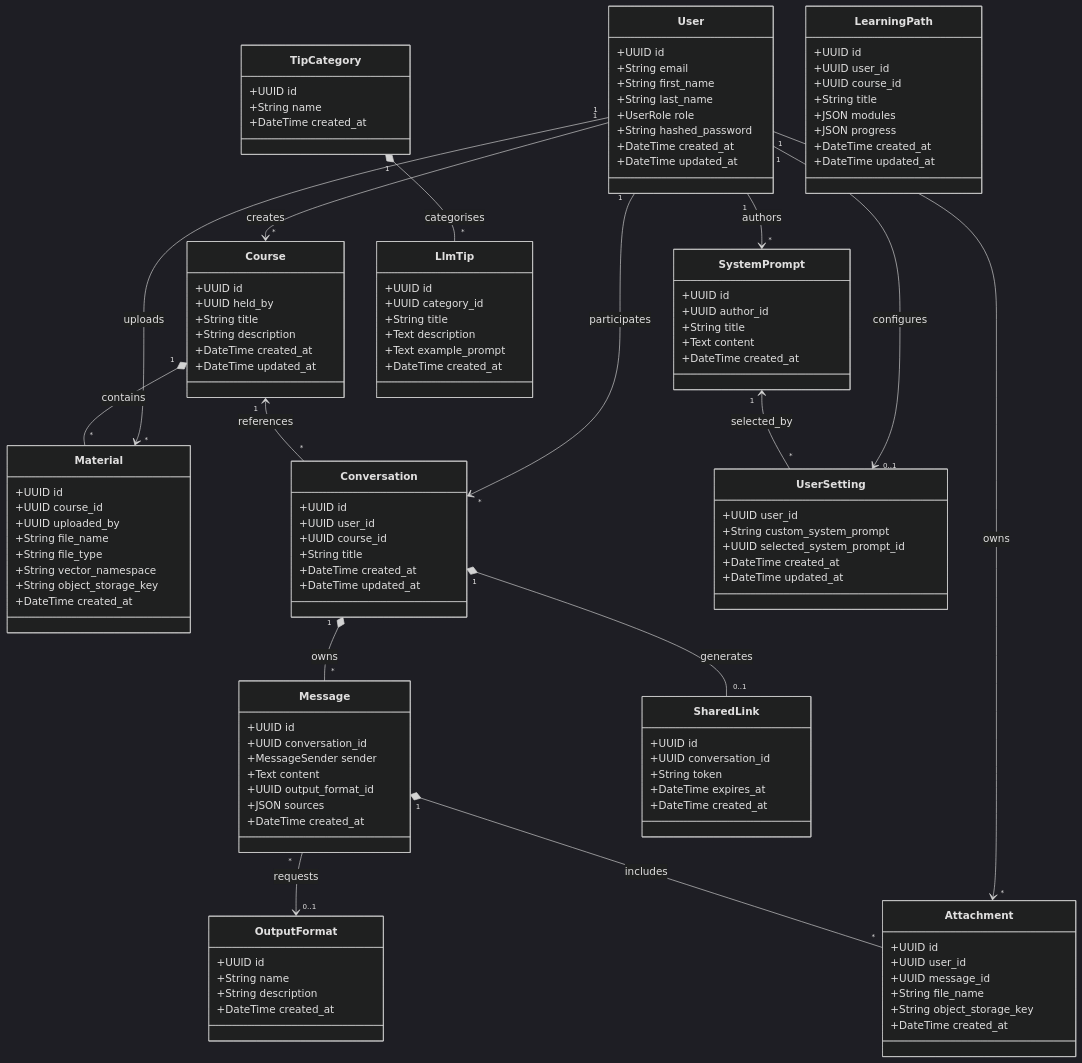
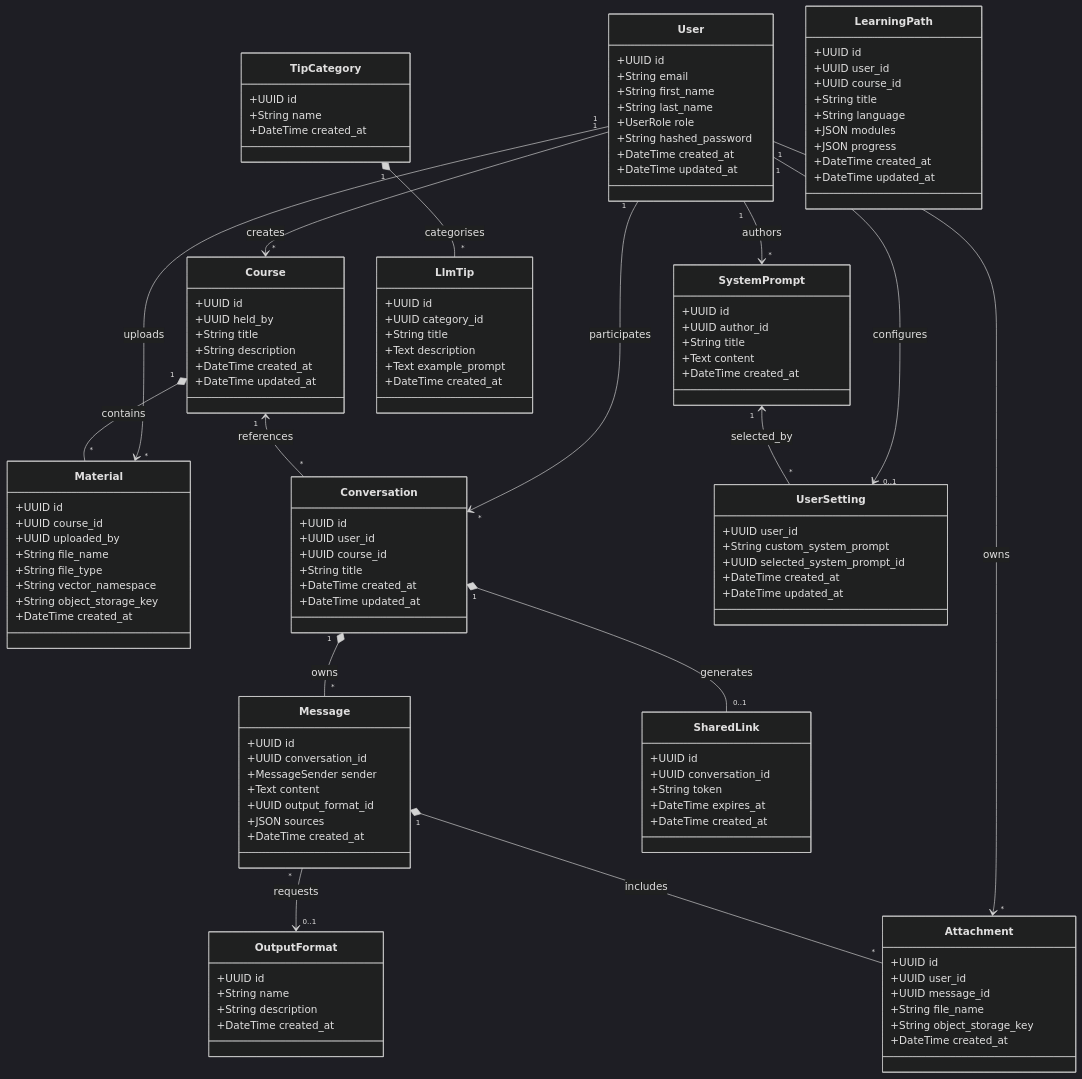
Before and after one commit to ULBS-cauci/backend: the second of 3 diagrams in DATABASE_SCHEMA.md, drawn with Mermaid (dark theme). The commit also changed other lines of this file and 3 other files, not shown here.

```diff
--- a/DATABASE_SCHEMA.md
+++ b/DATABASE_SCHEMA.md
@@ -330,6 +331,7 @@
         +UUID user_id
         +UUID course_id
         +String title
+        +String language
         +JSON modules
         +JSON progress
         +DateTime created_at
```
